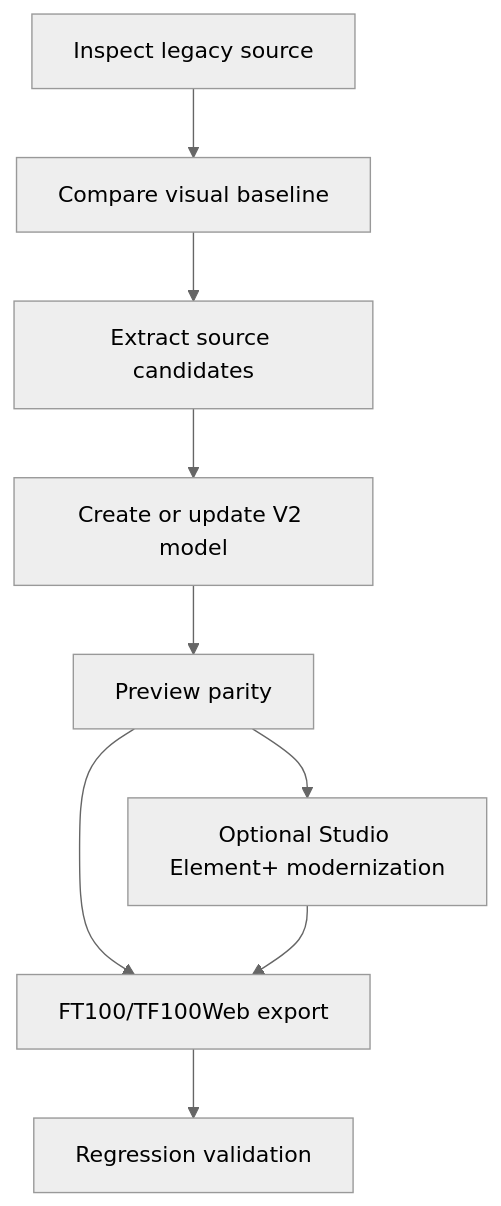
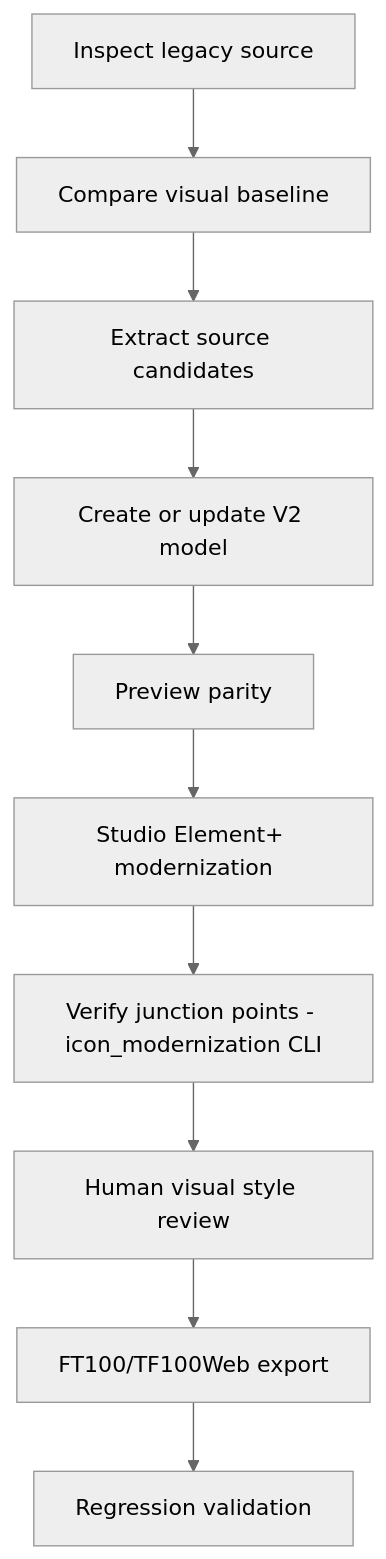
The diagram in docs/07_legacy_migration/MODERNIZATION_WORKFLOW_V2.md (technologiesflorizon/scadabuilder), drawn with Mermaid (neutral theme) before and after one commit. The commit also changed other lines of this file and 4 other files, not shown here.

Commit message:
docs: record interactive icon modernization workflow and style guide (DEC-0033)

````diff
--- a/docs/07_legacy_migration/MODERNIZATION_WORKFLOW_V2.md
+++ b/docs/07_legacy_migration/MODERNIZATION_WORKFLOW_V2.md
@@ -15,11 +16,12 @@
 ```mermaid
 flowchart TD
   Inspect[Inspect legacy source] --> Compare[Compare visual baseline]
   Compare --> Extract[Extract source candidates]
   Extract --> Model[Create or update V2 model]
   Model --> Preview[Preview parity]
-  Preview --> Studio[Optional Studio Element+ modernization]
-  Preview --> Export[FT100/TF100Web export]
-  Studio --> Export
+  Preview --> Studio[Studio Element+ modernization]
+  Studio --> Junctions[Verify junction points - icon_modernization CLI]
+  Junctions --> Review[Human visual style review]
+  Review --> Export[FT100/TF100Web export]
   Export --> Regression[Regression validation]
 ```
````
